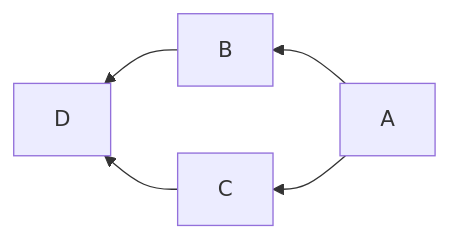
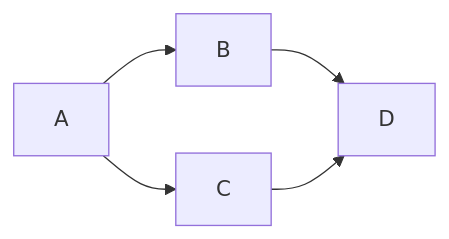
One commit to Kostrov2003/FirstSite changed the diagram in test.md. Above: the diagram before and after it, drawn with Mermaid.

````diff
--- a/test.md
+++ b/test.md
@@ -1,7 +1,7 @@
 ```mermaid
-  graph RL;
+  graph LR;
       A-->B;
       A-->C;
       B-->D;
       C-->D;
 ```
````
